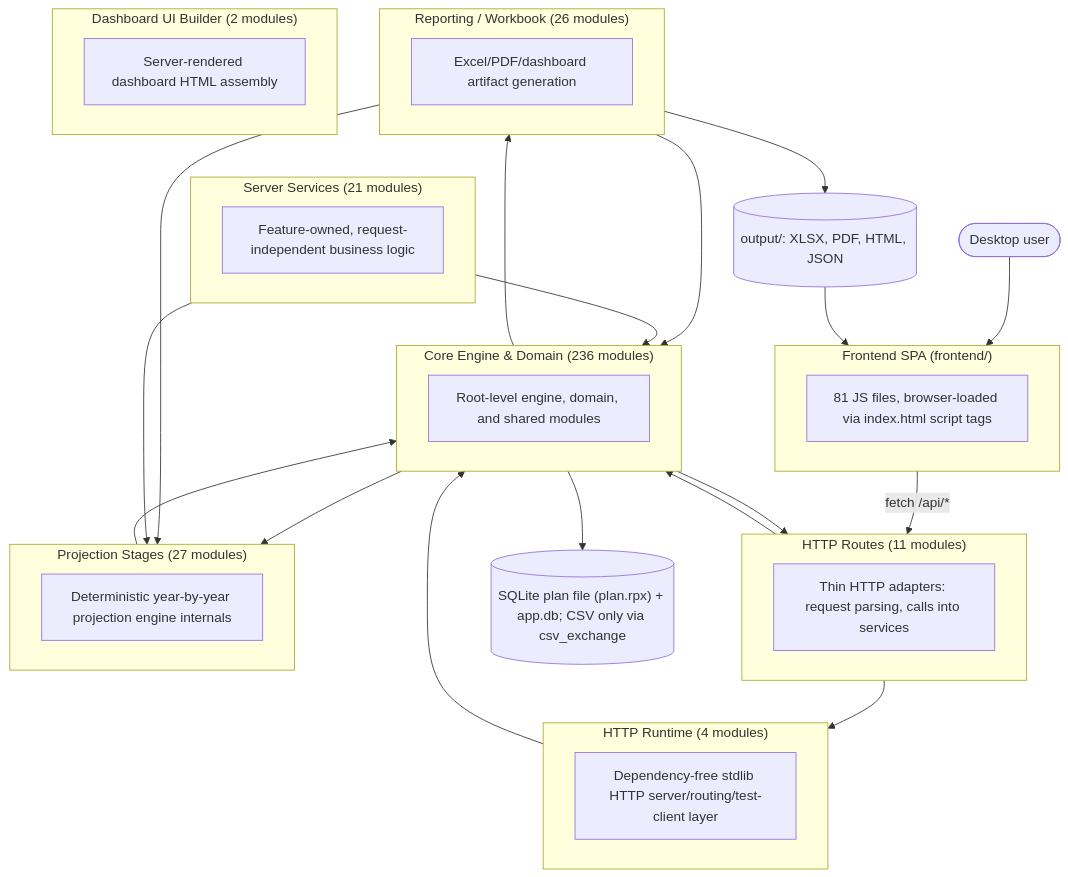
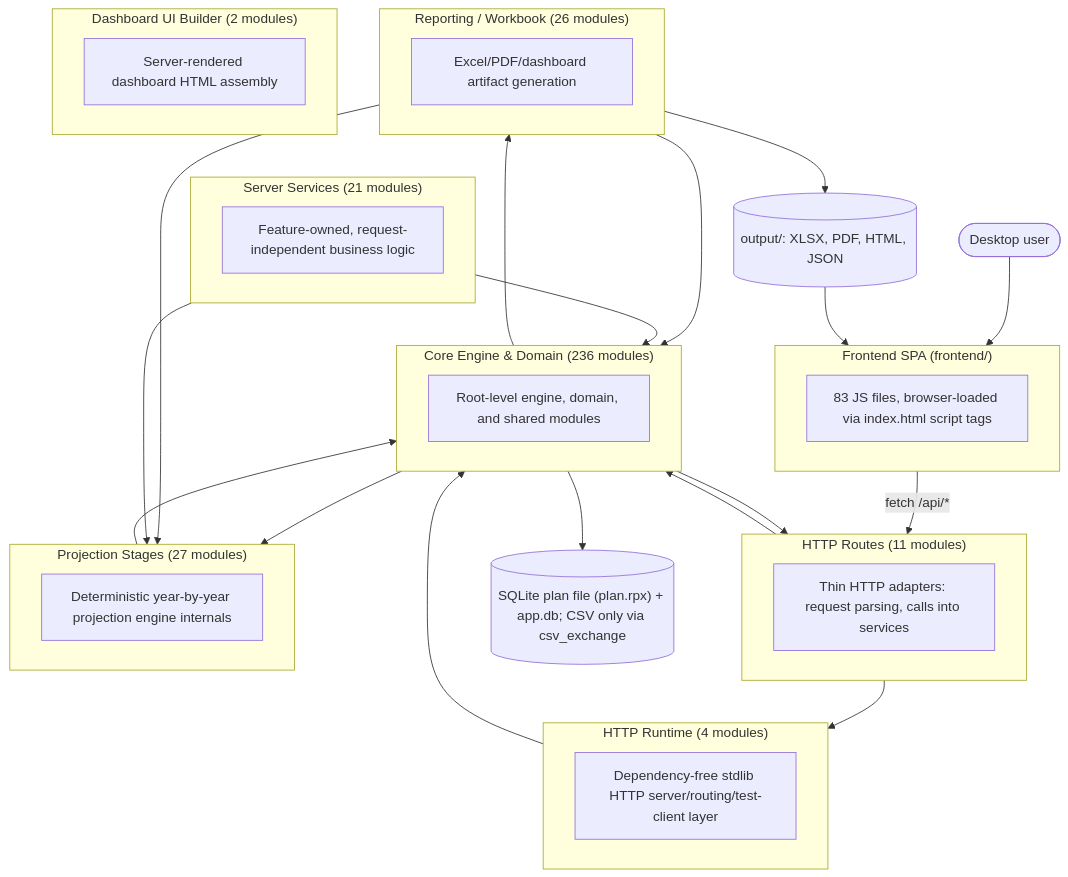
The first of 2 diagrams in documentation/reference/SYSTEM_ARCHITECTURE_DIAGRAM.md (matthartzman/retirement_system), drawn with Mermaid before and after one commit. The commit also changed other lines of this file and 8 other files, not shown here.

````diff
--- a/documentation/reference/SYSTEM_ARCHITECTURE_DIAGRAM.md
+++ b/documentation/reference/SYSTEM_ARCHITECTURE_DIAGRAM.md
@@ -11,43 +11,43 @@
 ```mermaid
 flowchart TB
     User(["Desktop user"]) --> FE
     subgraph FE["Frontend SPA (frontend/)"]
-        FEcount["81 JS files, browser-loaded via index.html script tags"]
+        FEcount["83 JS files, browser-loaded via index.html script tags"]
     end
     FE -->|fetch /api/*| L_HTTP_Routes
     subgraph L_HTTP_Routes["HTTP Routes (11 modules)"]
         L_HTTP_Routes_d["Thin HTTP adapters: request parsing, calls into services"]
     end
     subgraph L_Server_Services["Server Services (21 modules)"]
         L_Server_Services_d["Feature-owned, request-independent business logic"]
     end
     subgraph L_HTTP_Runtime["HTTP Runtime (4 modules)"]
         L_HTTP_Runtime_d["Dependency-free stdlib HTTP server/routing/test-client layer"]
     end
     subgraph L_Core_Engine___Domain["Core Engine & Domain (236 modules)"]
         L_Core_Engine___Domain_d["Root-level engine, domain, and shared modules"]
     end
     subgraph L_Projection_Stages["Projection Stages (27 modules)"]
         L_Projection_Stages_d["Deterministic year-by-year projection engine internals"]
     end
     subgraph L_Reporting___Workbook["Reporting / Workbook (26 modules)"]
         L_Reporting___Workbook_d["Excel/PDF/dashboard artifact generation"]
     end
     subgraph L_Dashboard_UI_Builder["Dashboard UI Builder (2 modules)"]
         L_Dashboard_UI_Builder_d["Server-rendered dashboard HTML assembly"]
     end
     L_Core_Engine___Domain --> L_HTTP_Routes
     L_Core_Engine___Domain --> L_Projection_Stages
     L_Core_Engine___Domain --> L_Reporting___Workbook
     L_HTTP_Routes --> L_Core_Engine___Domain
     L_HTTP_Routes --> L_HTTP_Runtime
     L_HTTP_Runtime --> L_Core_Engine___Domain
     L_Projection_Stages --> L_Core_Engine___Domain
     L_Reporting___Workbook --> L_Core_Engine___Domain
     L_Reporting___Workbook --> L_Projection_Stages
     L_Server_Services --> L_Core_Engine___Domain
     L_Server_Services --> L_Projection_Stages
     L_Core_Engine___Domain --> DB[("SQLite plan file (plan.rpx) + app.db; CSV only via csv_exchange")]
     L_Reporting___Workbook --> Outputs[("output/: XLSX, PDF, HTML, JSON")]
     Outputs --> FE
 ```
````
